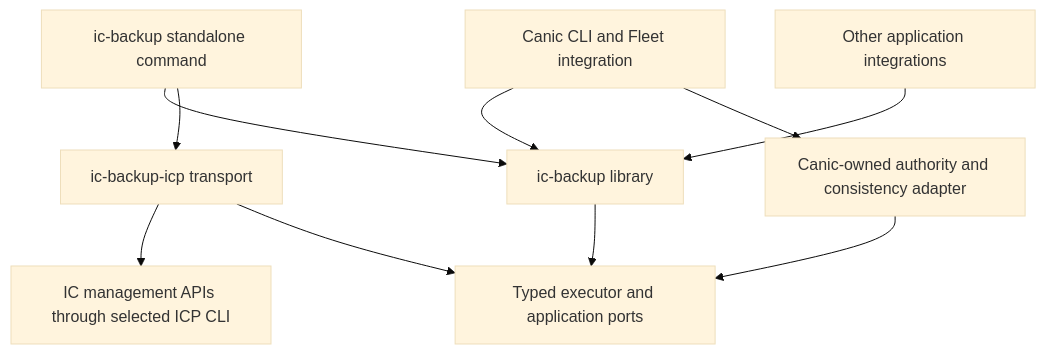
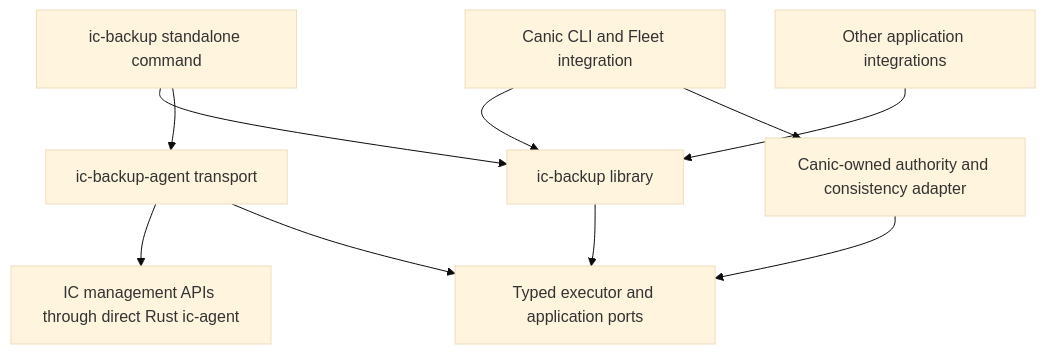
Before and after one commit to dragginzgame/ic-backup: the diagram in docs/extraction-design.md, drawn with Mermaid (base theme). The commit also changed other lines of this file and 82 other files, not shown here.

````diff
--- a/docs/extraction-design.md
+++ b/docs/extraction-design.md
@@ -22,12 +22,12 @@
 ```mermaid
 flowchart TD
     GenericCLI[ic-backup standalone command] --> Engine[ic-backup library]
     CanicCLI[Canic CLI and Fleet integration] --> Engine
     Other[Other application integrations] --> Engine
-    GenericCLI --> ICP[ic-backup-icp transport]
+    GenericCLI --> Agent[ic-backup-agent transport]
     CanicCLI --> CanicAdapter[Canic-owned authority and consistency adapter]
-    ICP --> Management[IC management APIs through selected ICP CLI]
+    Agent --> Management[IC management APIs through direct Rust ic-agent]
     Engine --> Ports[Typed executor and application ports]
     CanicAdapter --> Ports
-    ICP --> Ports
+    Agent --> Ports
 ```
````
